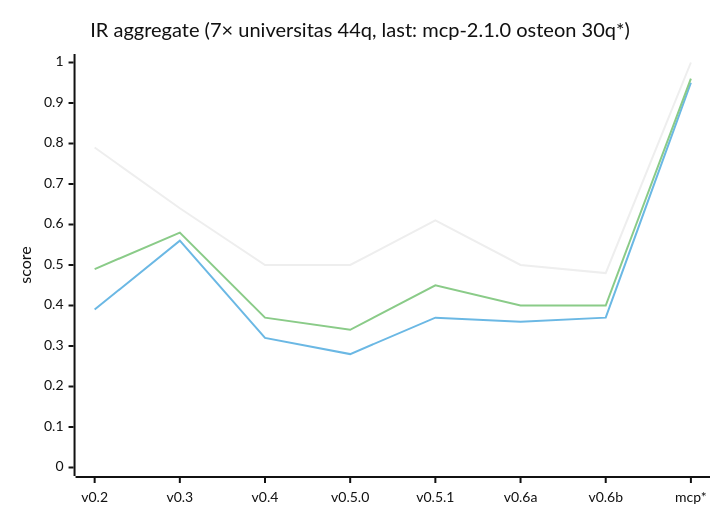
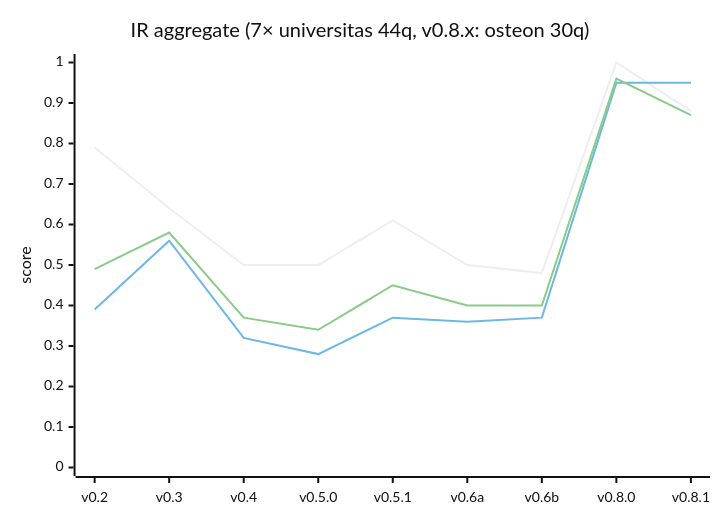
The third of 3 diagrams in README(kor).md (tojiuni/gopedia), drawn with Mermaid (neutral theme) before and after one commit. The commit also changed other lines of this file and 2 other files, not shown here.

Commit message:
docs(rag): update IR metrics chart with v0.8.0 and v0.8.1 results (#39)
* docs(rag): update IR metrics chart with v0.8.0 and v0.8.1 results

Replace mcp* data point with v0.8.0 (Recall@5=1.00, MRR@10=0.95,
nDCG@10=0.96, P@3=0.33) and v0.8.1 (Recall@5=0.88, MRR@10=0.95,
nDCG@10=0.87, P@3=0.39) in README.md, README(kor).md mermaid charts
and doc/rag-test-reports/README.md IR snapshot table and report list.

* docs(rag): apply code review feedback on IR metrics tables

- README.md: remove 'mcp' from details link text (no longer a chart point)
- doc/rag-test-reports/README.md: align 출처 column in MRR@10, nDCG@10,
  P@3 rows to reference Recall@5 row sources consistently

---------

````diff
--- a/README(kor).md
+++ b/README(kor).md
@@ -141,9 +141,9 @@
 ```mermaid
 xychart-beta
-    title "IR aggregate (7× universitas 44q, last: mcp-2.1.0 osteon 30q*)"
-    x-axis [v0.2, v0.3, v0.4, "v0.5.0", "v0.5.1", "v0.6a", "v0.6b", "mcp*"]
+    title "IR aggregate (7× universitas 44q, v0.8.x: osteon 30q)"
+    x-axis [v0.2, v0.3, v0.4, "v0.5.0", "v0.5.1", "v0.6a", "v0.6b", "v0.8.0", "v0.8.1"]
     y-axis "score" 0.0 --> 1.0
-    line [0.79, 0.64, 0.50, 0.50, 0.61, 0.50, 0.48, 1.00]
-    line [0.39, 0.56, 0.32, 0.28, 0.37, 0.36, 0.37, 0.95]
-    line [0.49, 0.58, 0.37, 0.34, 0.45, 0.40, 0.40, 0.96]
+    line [0.79, 0.64, 0.50, 0.50, 0.61, 0.50, 0.48, 1.00, 0.88]
+    line [0.39, 0.56, 0.32, 0.28, 0.37, 0.36, 0.37, 0.95, 0.95]
+    line [0.49, 0.58, 0.37, 0.34, 0.45, 0.40, 0.40, 0.96, 0.87]
 ```
````
